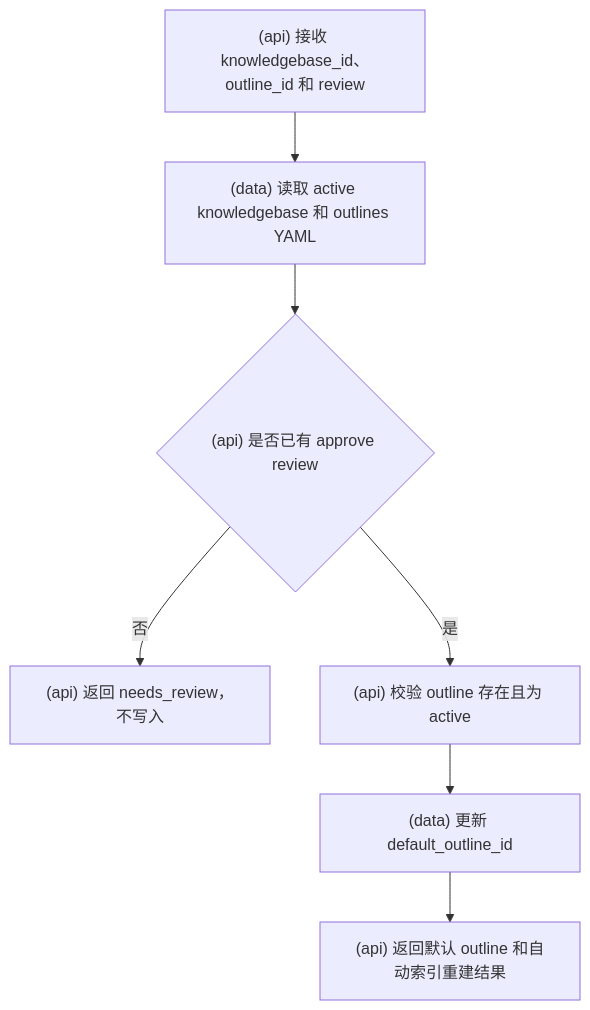
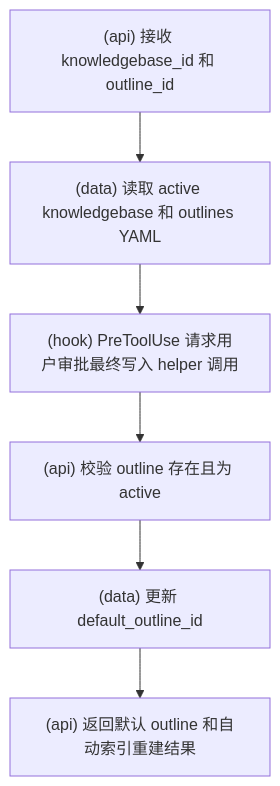
One commit to srangerme/KBManager changed diagram 14 of 21 in docs/流程图.md. Above: the diagram before and after it, drawn with Mermaid. The commit also changed other lines of this file and 48 other files, not shown here.

````diff
--- a/docs/流程图.md
+++ b/docs/流程图.md
@@ -202,9 +205,8 @@
 ```mermaid
 flowchart TD
-  A["(api) 接收 knowledgebase_id、outline_id 和 review"] --> B["(data) 读取 active knowledgebase 和 outlines YAML"]
-  B --> C{"(api) 是否已有 approve review"}
-  C -- 否 --> D["(api) 返回 needs_review，不写入"]
-  C -- 是 --> E["(api) 校验 outline 存在且为 active"]
+  A["(api) 接收 knowledgebase_id 和 outline_id"] --> B["(data) 读取 active knowledgebase 和 outlines YAML"]
+  B --> C["(hook) PreToolUse 请求用户审批最终写入 helper 调用"]
+  C --> E["(api) 校验 outline 存在且为 active"]
   E --> F["(data) 更新 default_outline_id"]
   F --> G["(api) 返回默认 outline 和自动索引重建结果"]
 ```
````
